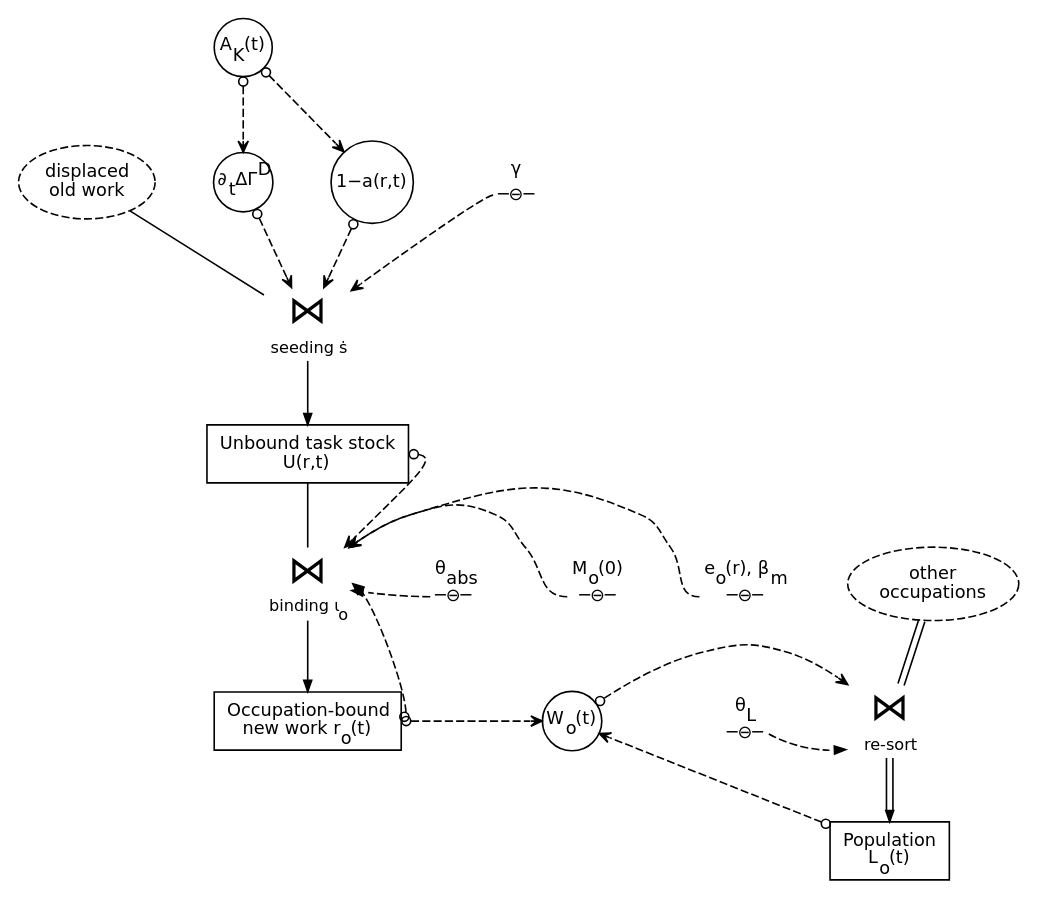
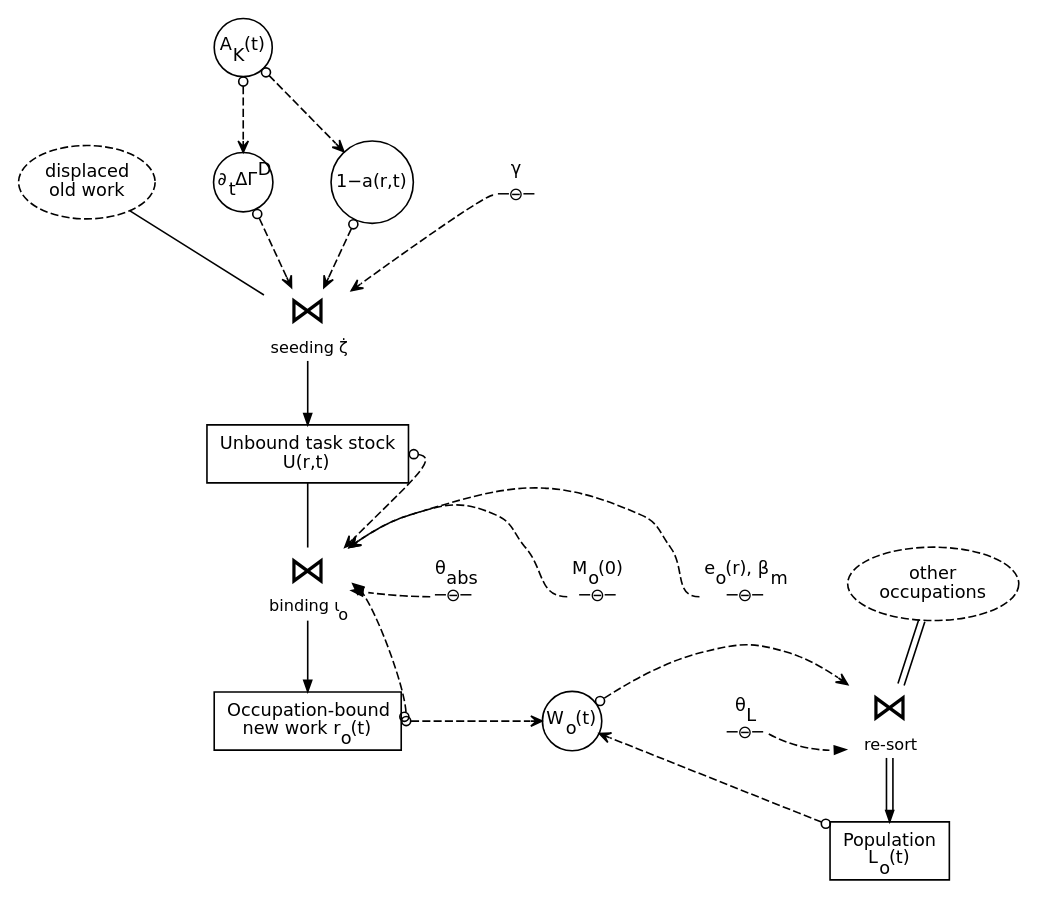
The diagram in experiment/results/dynamic_stockflow.dot (JoakimStorck/technology-fields), drawn with Graphviz before and after one commit. The commit also changed 7 other files, not shown here.

```diff
--- a/experiment/results/dynamic_stockflow.dot
+++ b/experiment/results/dynamic_stockflow.dot
@@ -1,48 +1,48 @@
 digraph dynamic_stockflow {
   graph [rankdir=TB, splines=true, overlap=false, nodesep=0.5, ranksep=0.55, fontname="DejaVu Sans"];
   node [fontsize=11, fontname="DejaVu Sans"];
   edge [fontsize=10, fontname="DejaVu Sans", arrowsize=0.7];
 
   old [label=<<font face="DejaVu Sans">displaced<br/>old work</font>>, shape=ellipse, style=dashed, margin=0.06];
-  seed [shape=none, margin=0, group="spine", label=<<table border="0" cellborder="0" cellspacing="0"><tr><td><font face="DejaVu Sans" point-size="24">&#8904;</font></td></tr><tr><td><font face="DejaVu Sans" point-size="10">seeding ṡ</font></td></tr></table>>];
+  seed [shape=none, margin=0, group="spine", label=<<table border="0" cellborder="0" cellspacing="0"><tr><td><font face="DejaVu Sans" point-size="24">&#8904;</font></td></tr><tr><td><font face="DejaVu Sans" point-size="10">seeding ζ̇</font></td></tr></table>>];
   U [label=<<font face="DejaVu Sans">Unbound task stock<br/>U(r,t)</font>>, shape=box, group="spine"];
   bind [shape=none, margin=0, group="spine", label=<<table border="0" cellborder="0" cellspacing="0"><tr><td><font face="DejaVu Sans" point-size="24">&#8904;</font></td></tr><tr><td><font face="DejaVu Sans" point-size="10">binding ι<sub>o</sub></font></td></tr></table>>];
   B [label=<<font face="DejaVu Sans">Occupation-bound<br/>new work r<sub>o</sub>(t)</font>>, shape=box, group="spine"];
   AK [label=<<font face="DejaVu Sans">A<sub>K</sub>(t)</font>>, shape=circle, fixedsize=false, margin=0.02];
   disp [label=<<font face="DejaVu Sans">∂<sub>t</sub>ΔΓ<sup>D</sup></font>>, shape=circle, fixedsize=false, margin=0.02];
   gate [label=<<font face="DejaVu Sans">1−a(r,t)</font>>, shape=circle, fixedsize=false, margin=0.02];
   W [label=<<font face="DejaVu Sans">W<sub>o</sub>(t)</font>>, shape=circle, fixedsize=false, margin=0.02];
   L [label=<<font face="DejaVu Sans">Population<br/>L<sub>o</sub>(t)</font>>, shape=box];
   occ [label=<<font face="DejaVu Sans">other<br/>occupations</font>>, shape=ellipse, style=dashed, margin=0.06];
   resort [shape=none, margin=0, label=<<table border="0" cellborder="0" cellspacing="0"><tr><td><font face="DejaVu Sans" point-size="24">&#8904;</font></td></tr><tr><td><font face="DejaVu Sans" point-size="10">re-sort</font></td></tr></table>>];
   gamma [shape=none, margin=0, label=<<table border="0" cellborder="0" cellspacing="0"><tr><td><font face="DejaVu Sans">γ</font></td></tr><tr><td port="c"><font face="DejaVu Sans">&#9472;&#8854;&#9472;</font></td></tr></table>>];
   theta_abs [shape=none, margin=0, label=<<table border="0" cellborder="0" cellspacing="0"><tr><td><font face="DejaVu Sans">θ<sub>abs</sub></font></td></tr><tr><td port="c"><font face="DejaVu Sans">&#9472;&#8854;&#9472;</font></td></tr></table>>];
   M0 [shape=none, margin=0, label=<<table border="0" cellborder="0" cellspacing="0"><tr><td><font face="DejaVu Sans">M<sub>o</sub>(0)</font></td></tr><tr><td port="c"><font face="DejaVu Sans">&#9472;&#8854;&#9472;</font></td></tr></table>>];
   eo [shape=none, margin=0, label=<<table border="0" cellborder="0" cellspacing="0"><tr><td><font face="DejaVu Sans">e<sub>o</sub>(r), β<sub>m</sub></font></td></tr><tr><td port="c"><font face="DejaVu Sans">&#9472;&#8854;&#9472;</font></td></tr></table>>];
   theta_L [shape=none, margin=0, label=<<table border="0" cellborder="0" cellspacing="0"><tr><td><font face="DejaVu Sans">θ<sub>L</sub></font></td></tr><tr><td port="c"><font face="DejaVu Sans">&#9472;&#8854;&#9472;</font></td></tr></table>>];
 
   old -> seed [arrowhead=none];
   seed -> U;
   U -> bind [arrowhead=none];
   bind -> B;
   occ -> resort [color="black:invis:black", arrowhead=none];
   resort -> L [color="black:invis:black"];
   AK -> disp [style=dashed, dir=both, arrowtail=odot, arrowhead=vee];
   AK -> gate [style=dashed, dir=both, arrowtail=odot, arrowhead=vee, constraint=false];
   disp -> seed [style=dashed, dir=both, arrowtail=odot, arrowhead=vee];
   gate -> seed [style=dashed, dir=both, arrowtail=odot, arrowhead=vee];
   gamma:c -> seed [style=dashed, arrowhead=vee];
   U -> bind [style=dashed, dir=both, arrowtail=odot, arrowhead=vee, constraint=false, tailport=e, headport=ne];
   B -> bind [style=dashed, dir=both, arrowtail=odot, arrowhead=vee, constraint=false, tailport=e, headport=e];
   M0:c -> bind [style=dashed, arrowhead=vee];
   theta_abs:c -> bind [style=dashed, arrowhead=vee];
   eo:c -> bind [style=dashed, arrowhead=vee];
   B -> W [style=dashed, dir=both, arrowtail=odot, arrowhead=vee];
   L -> W [style=dashed, dir=both, arrowtail=odot, arrowhead=vee, constraint=false];
   W -> resort [style=dashed, dir=both, arrowtail=odot, arrowhead=vee];
   theta_L:c -> resort [style=dashed, arrowhead=vee];
 
   { rank=same; disp; gate; old; gamma; }
   { rank=same; theta_abs; M0; eo; bind; occ; }
   { rank=same; B; W; resort; theta_L; }
 }
```
